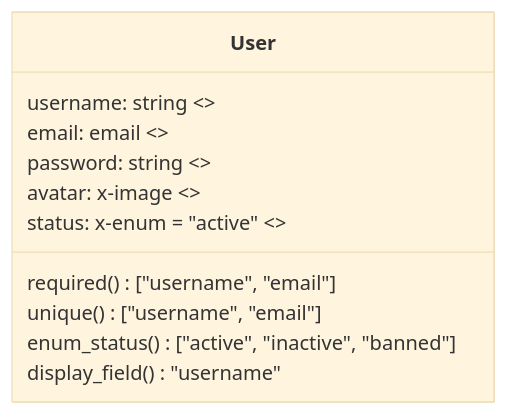
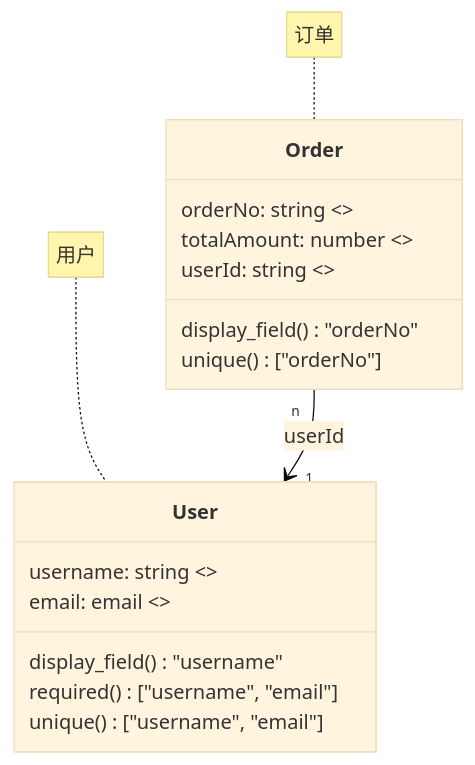
The diagram in .codebuddy/rules/tcb/rules/data-model-creation/rule.md (zwonder/schedule-assistant), drawn with Mermaid (base theme) before and after one commit. The commit also changed other lines of this file and 44 other files, not shown here.

````diff
--- a/.codebuddy/rules/tcb/rules/data-model-creation/rule.md
+++ b/.codebuddy/rules/tcb/rules/data-model-creation/rule.md
@@ -276,14 +126,24 @@
 ```mermaid
 classDiagram
     class User {
         username: string <<Username>>
         email: email <<Email>>
-        password: string <<Password>>
-        avatar: x-image <<Avatar>>
-        status: x-enum = "active" <<Status>>
+        display_field() "username"
         required() ["username", "email"]
         unique() ["username", "email"]
-        enum_status() ["active", "inactive", "banned"]
-        display_field() "username"
     }
+
+    class Order {
+        orderNo: string <<Order Number>>
+        totalAmount: number <<Total Amount>>
+        userId: string <<User ID>>
+        display_field() "orderNo"
+        unique() ["orderNo"]
+    }
+
+    Order "n" --> "1" User : userId
+
+    %% Class naming
+    note for User "用户"
+    note for Order "订单"
 ```
````
